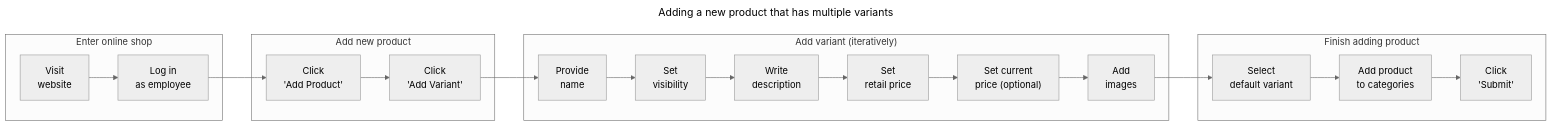
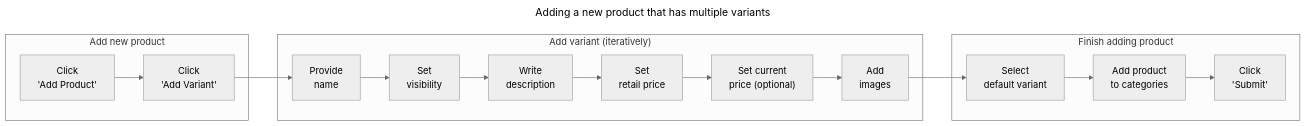
Before and after one commit to qw3ry/misarch-docs: the diagram in image-sources/diagrams/user-journeys/journey-adding-product-variants.mmd, drawn with Mermaid (neutral theme). The commit also changed 32 other files, not shown here.

Commit message:
Removed login overhead from the user-journey diagrams

```diff
--- a/image-sources/diagrams/user-journeys/journey-adding-product-variants.mmd
+++ b/image-sources/diagrams/user-journeys/journey-adding-product-variants.mmd
@@ -1,26 +1,22 @@
 ---
 title: Adding a new product that has multiple variants
 ---
 flowchart LR
-    subgraph Enter online shop
-        A["Visit\nwebsite"]
-        B["Log in\nas employee"]
-    end
     subgraph Add new product
         C["Click\n'Add Product'"]
         D["Click\n'Add Variant'"]
     end
     subgraph "Add variant (iteratively)"
         E["Provide\nname"]
         F["Set\nvisibility"]
         G["Write\ndescription"]
         H["Set\nretail price"]
         I["Set current\nprice (optional)"]
         J["Add\nimages"]
     end
     subgraph Finish adding product
         K["Select\ndefault variant"]
         L["Add product\nto categories"]
         M["Click\n'Submit'"]
     end
-    A --> B --> C --> D --> E --> F --> G --> H --> I --> J --> K --> L --> M
+    C --> D --> E --> F --> G --> H --> I --> J --> K --> L --> M
```
